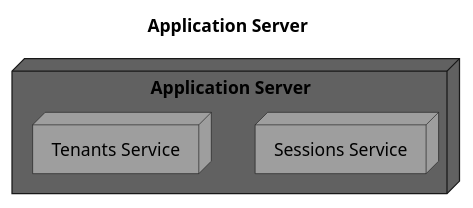
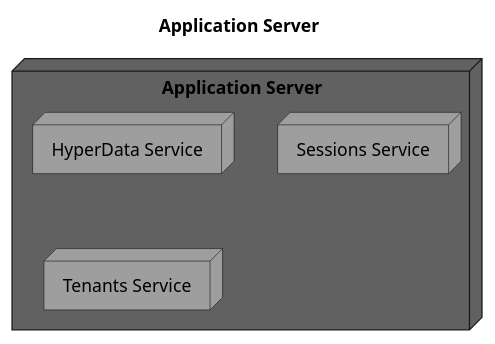
One commit to hdml-github/hdml-github.github.io changed the second of 6 diagrams in puml/general.puml. Above: the diagram before and after it, drawn with PlantUML. The commit also changed other lines of this file and 5 other files, not shown here.

```diff
--- a/puml/general.puml
+++ b/puml/general.puml
@@ -57,8 +57,9 @@
 @startuml application
   title Application Server
 
   node "Application Server" as Application_Server #616161 {
+    node "HyperData Service" as HyperData_Service [[./hyperdata.svg]] #9e9e9e
     node "Sessions Service" as Sessions_Service [[./sessions.svg]] #9e9e9e
     node "Tenants Service" as Tenants_Service [[./tenants.svg]] #9e9e9e
   }
 @enduml
```
